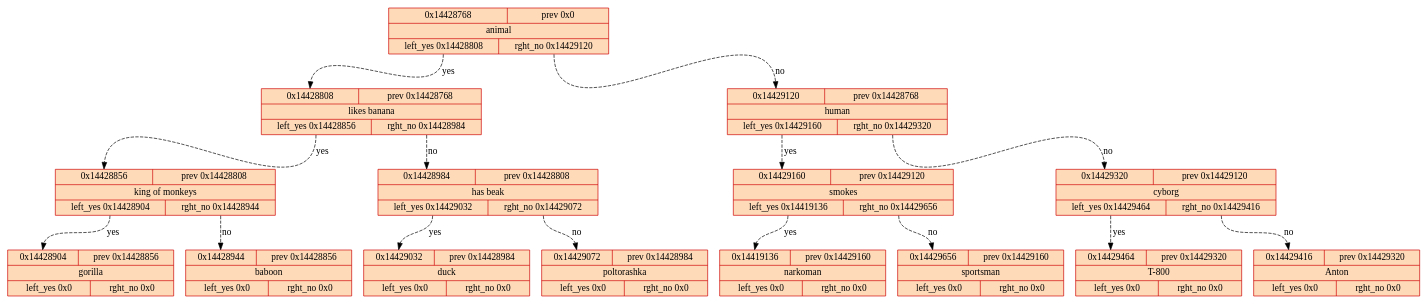
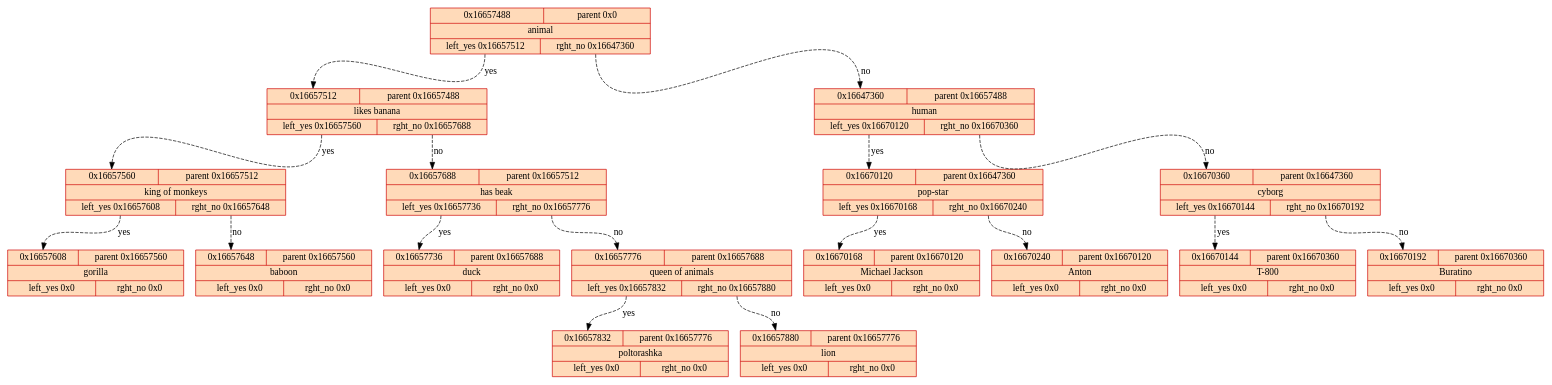
One commit to Art8mish/Akinator changed the diagram in tree_graph.gv. Above: the diagram before and after it, drawn with Graphviz. The commit also changed 19 other files, not shown here.

```diff
--- a/tree_graph.gv
+++ b/tree_graph.gv
@@ -1,33 +1,37 @@
 digraph tree{
 	rankdir=TB;
 spline = ortho;
-	14428768[style="filled",fillcolor="peachpuff"shape=record,color=red3,label="{{<f0> 0x14428768 |<f3>prev 0x0}|animal|{<f2>left_yes 0x14428808 | <f1>rght_no 0x14429120}}"]
-	14428768:<f2>:s->14428808:<f0>:n[weight = 1, constraint=true, style="dashed", label="yes"]
-	14428768:<f1>:s->14429120:<f0>:n[weight = 1, constraint=true, style="dashed", label="no"]
-	14429120[style="filled",fillcolor="peachpuff"shape=record,color=red3,label="{{<f0> 0x14429120 |<f3>prev 0x14428768}|human|{<f2>left_yes 0x14429160 | <f1>rght_no 0x14429320}}"]
-	14429120:<f2>:s->14429160:<f0>:n[weight = 1, constraint=true, style="dashed", label="yes"]
-	14429120:<f1>:s->14429320:<f0>:n[weight = 1, constraint=true, style="dashed", label="no"]
-	14429320[style="filled",fillcolor="peachpuff"shape=record,color=red3,label="{{<f0> 0x14429320 |<f3>prev 0x14429120}|cyborg|{<f2>left_yes 0x14429464 | <f1>rght_no 0x14429416}}"]
-	14429320:<f2>:s->14429464:<f0>:n[weight = 1, constraint=true, style="dashed", label="yes"]
-	14429320:<f1>:s->14429416:<f0>:n[weight = 1, constraint=true, style="dashed", label="no"]
-	14429416[style="filled",fillcolor="peachpuff"shape=record,color=red3,label="{{<f0> 0x14429416 |<f3>prev 0x14429320}|Anton|{<f2>left_yes 0x0 | <f1>rght_no 0x0}}"]
-	14429464[style="filled",fillcolor="peachpuff"shape=record,color=red3,label="{{<f0> 0x14429464 |<f3>prev 0x14429320}|T-800|{<f2>left_yes 0x0 | <f1>rght_no 0x0}}"]
-	14429160[style="filled",fillcolor="peachpuff"shape=record,color=red3,label="{{<f0> 0x14429160 |<f3>prev 0x14429120}|smokes|{<f2>left_yes 0x14419136 | <f1>rght_no 0x14429656}}"]
-	14429160:<f2>:s->14419136:<f0>:n[weight = 1, constraint=true, style="dashed", label="yes"]
-	14429160:<f1>:s->14429656:<f0>:n[weight = 1, constraint=true, style="dashed", label="no"]
-	14429656[style="filled",fillcolor="peachpuff"shape=record,color=red3,label="{{<f0> 0x14429656 |<f3>prev 0x14429160}|sportsman|{<f2>left_yes 0x0 | <f1>rght_no 0x0}}"]
-	14419136[style="filled",fillcolor="peachpuff"shape=record,color=red3,label="{{<f0> 0x14419136 |<f3>prev 0x14429160}|narkoman|{<f2>left_yes 0x0 | <f1>rght_no 0x0}}"]
-	14428808[style="filled",fillcolor="peachpuff"shape=record,color=red3,label="{{<f0> 0x14428808 |<f3>prev 0x14428768}|likes banana|{<f2>left_yes 0x14428856 | <f1>rght_no 0x14428984}}"]
-	14428808:<f2>:s->14428856:<f0>:n[weight = 1, constraint=true, style="dashed", label="yes"]
-	14428808:<f1>:s->14428984:<f0>:n[weight = 1, constraint=true, style="dashed", label="no"]
-	14428984[style="filled",fillcolor="peachpuff"shape=record,color=red3,label="{{<f0> 0x14428984 |<f3>prev 0x14428808}|has beak|{<f2>left_yes 0x14429032 | <f1>rght_no 0x14429072}}"]
-	14428984:<f2>:s->14429032:<f0>:n[weight = 1, constraint=true, style="dashed", label="yes"]
-	14428984:<f1>:s->14429072:<f0>:n[weight = 1, constraint=true, style="dashed", label="no"]
-	14429072[style="filled",fillcolor="peachpuff"shape=record,color=red3,label="{{<f0> 0x14429072 |<f3>prev 0x14428984}|poltorashka|{<f2>left_yes 0x0 | <f1>rght_no 0x0}}"]
-	14429032[style="filled",fillcolor="peachpuff"shape=record,color=red3,label="{{<f0> 0x14429032 |<f3>prev 0x14428984}|duck|{<f2>left_yes 0x0 | <f1>rght_no 0x0}}"]
-	14428856[style="filled",fillcolor="peachpuff"shape=record,color=red3,label="{{<f0> 0x14428856 |<f3>prev 0x14428808}|king of monkeys|{<f2>left_yes 0x14428904 | <f1>rght_no 0x14428944}}"]
-	14428856:<f2>:s->14428904:<f0>:n[weight = 1, constraint=true, style="dashed", label="yes"]
-	14428856:<f1>:s->14428944:<f0>:n[weight = 1, constraint=true, style="dashed", label="no"]
-	14428944[style="filled",fillcolor="peachpuff"shape=record,color=red3,label="{{<f0> 0x14428944 |<f3>prev 0x14428856}|baboon|{<f2>left_yes 0x0 | <f1>rght_no 0x0}}"]
-	14428904[style="filled",fillcolor="peachpuff"shape=record,color=red3,label="{{<f0> 0x14428904 |<f3>prev 0x14428856}|gorilla|{<f2>left_yes 0x0 | <f1>rght_no 0x0}}"]
+	16657488[style="filled",fillcolor="peachpuff"shape=record,color=red3,label="{{<f0> 0x16657488 |<f3>parent 0x0}|animal|{<f2>left_yes 0x16657512 | <f1>rght_no 0x16647360}}"]
+	16657488:<f2>:s->16657512:<f0>:n[weight = 1, constraint=true, style="dashed", label="yes"]
+	16657488:<f1>:s->16647360:<f0>:n[weight = 1, constraint=true, style="dashed", label="no"]
+	16647360[style="filled",fillcolor="peachpuff"shape=record,color=red3,label="{{<f0> 0x16647360 |<f3>parent 0x16657488}|human|{<f2>left_yes 0x16670120 | <f1>rght_no 0x16670360}}"]
+	16647360:<f2>:s->16670120:<f0>:n[weight = 1, constraint=true, style="dashed", label="yes"]
+	16647360:<f1>:s->16670360:<f0>:n[weight = 1, constraint=true, style="dashed", label="no"]
+	16670360[style="filled",fillcolor="peachpuff"shape=record,color=red3,label="{{<f0> 0x16670360 |<f3>parent 0x16647360}|cyborg|{<f2>left_yes 0x16670144 | <f1>rght_no 0x16670192}}"]
+	16670360:<f2>:s->16670144:<f0>:n[weight = 1, constraint=true, style="dashed", label="yes"]
+	16670360:<f1>:s->16670192:<f0>:n[weight = 1, constraint=true, style="dashed", label="no"]
+	16670192[style="filled",fillcolor="peachpuff"shape=record,color=red3,label="{{<f0> 0x16670192 |<f3>parent 0x16670360}|Buratino|{<f2>left_yes 0x0 | <f1>rght_no 0x0}}"]
+	16670144[style="filled",fillcolor="peachpuff"shape=record,color=red3,label="{{<f0> 0x16670144 |<f3>parent 0x16670360}|T-800|{<f2>left_yes 0x0 | <f1>rght_no 0x0}}"]
+	16670120[style="filled",fillcolor="peachpuff"shape=record,color=red3,label="{{<f0> 0x16670120 |<f3>parent 0x16647360}|pop-star|{<f2>left_yes 0x16670168 | <f1>rght_no 0x16670240}}"]
+	16670120:<f2>:s->16670168:<f0>:n[weight = 1, constraint=true, style="dashed", label="yes"]
+	16670120:<f1>:s->16670240:<f0>:n[weight = 1, constraint=true, style="dashed", label="no"]
+	16670240[style="filled",fillcolor="peachpuff"shape=record,color=red3,label="{{<f0> 0x16670240 |<f3>parent 0x16670120}|Anton|{<f2>left_yes 0x0 | <f1>rght_no 0x0}}"]
+	16670168[style="filled",fillcolor="peachpuff"shape=record,color=red3,label="{{<f0> 0x16670168 |<f3>parent 0x16670120}|Michael Jackson|{<f2>left_yes 0x0 | <f1>rght_no 0x0}}"]
+	16657512[style="filled",fillcolor="peachpuff"shape=record,color=red3,label="{{<f0> 0x16657512 |<f3>parent 0x16657488}|likes banana|{<f2>left_yes 0x16657560 | <f1>rght_no 0x16657688}}"]
+	16657512:<f2>:s->16657560:<f0>:n[weight = 1, constraint=true, style="dashed", label="yes"]
+	16657512:<f1>:s->16657688:<f0>:n[weight = 1, constraint=true, style="dashed", label="no"]
+	16657688[style="filled",fillcolor="peachpuff"shape=record,color=red3,label="{{<f0> 0x16657688 |<f3>parent 0x16657512}|has beak|{<f2>left_yes 0x16657736 | <f1>rght_no 0x16657776}}"]
+	16657688:<f2>:s->16657736:<f0>:n[weight = 1, constraint=true, style="dashed", label="yes"]
+	16657688:<f1>:s->16657776:<f0>:n[weight = 1, constraint=true, style="dashed", label="no"]
+	16657776[style="filled",fillcolor="peachpuff"shape=record,color=red3,label="{{<f0> 0x16657776 |<f3>parent 0x16657688}|queen of animals|{<f2>left_yes 0x16657832 | <f1>rght_no 0x16657880}}"]
+	16657776:<f2>:s->16657832:<f0>:n[weight = 1, constraint=true, style="dashed", label="yes"]
+	16657776:<f1>:s->16657880:<f0>:n[weight = 1, constraint=true, style="dashed", label="no"]
+	16657880[style="filled",fillcolor="peachpuff"shape=record,color=red3,label="{{<f0> 0x16657880 |<f3>parent 0x16657776}|lion|{<f2>left_yes 0x0 | <f1>rght_no 0x0}}"]
+	16657832[style="filled",fillcolor="peachpuff"shape=record,color=red3,label="{{<f0> 0x16657832 |<f3>parent 0x16657776}|poltorashka|{<f2>left_yes 0x0 | <f1>rght_no 0x0}}"]
+	16657736[style="filled",fillcolor="peachpuff"shape=record,color=red3,label="{{<f0> 0x16657736 |<f3>parent 0x16657688}|duck|{<f2>left_yes 0x0 | <f1>rght_no 0x0}}"]
+	16657560[style="filled",fillcolor="peachpuff"shape=record,color=red3,label="{{<f0> 0x16657560 |<f3>parent 0x16657512}|king of monkeys|{<f2>left_yes 0x16657608 | <f1>rght_no 0x16657648}}"]
+	16657560:<f2>:s->16657608:<f0>:n[weight = 1, constraint=true, style="dashed", label="yes"]
+	16657560:<f1>:s->16657648:<f0>:n[weight = 1, constraint=true, style="dashed", label="no"]
+	16657648[style="filled",fillcolor="peachpuff"shape=record,color=red3,label="{{<f0> 0x16657648 |<f3>parent 0x16657560}|baboon|{<f2>left_yes 0x0 | <f1>rght_no 0x0}}"]
+	16657608[style="filled",fillcolor="peachpuff"shape=record,color=red3,label="{{<f0> 0x16657608 |<f3>parent 0x16657560}|gorilla|{<f2>left_yes 0x0 | <f1>rght_no 0x0}}"]
 }
```
